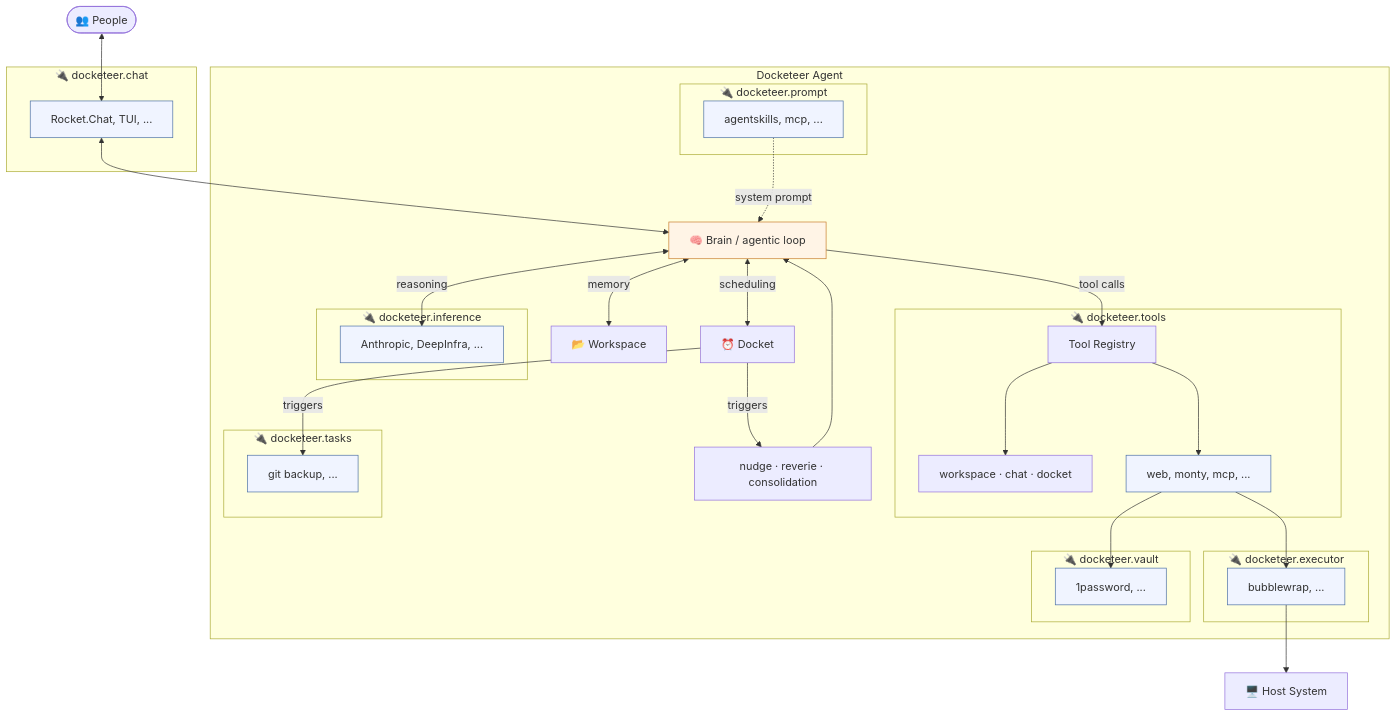
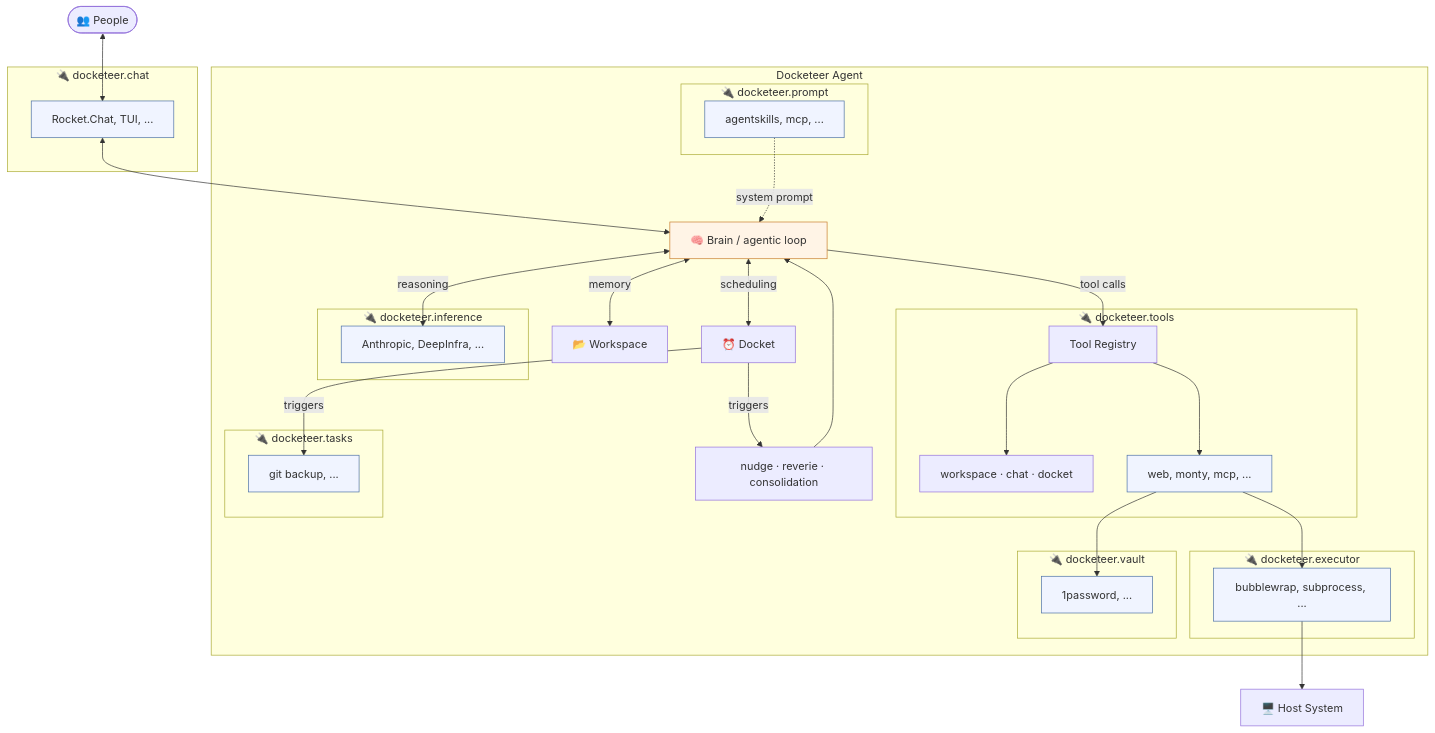
The diagram in README.md (chrisguidry/docketeer), drawn with Mermaid before and after one commit. The commit also changed other lines of this file and 21 other files, not shown here.

````diff
--- a/README.md
+++ b/README.md
@@ -67,61 +67,61 @@
 ```mermaid
 graph TD
     People(["👥 People"])
     People <--> ChatClient
 
     subgraph chat ["🔌 docketeer.chat"]
         ChatClient["Rocket.Chat, TUI, ..."]
     end
 
     ChatClient <--> Brain
 
     subgraph agent ["Docketeer Agent"]
         Brain["🧠 Brain / agentic loop"]
 
         subgraph inference ["🔌 docketeer.inference"]
             API["Anthropic, DeepInfra, ..."]
         end
         Brain <-- "reasoning" --> API
         Brain <-- "memory" --> Workspace["📂 Workspace"]
         Brain <-- "scheduling" --> Docket["⏰ Docket"]
 
         Docket -- triggers --> CoreTasks["nudge · reverie · consolidation"]
         CoreTasks --> Brain
 
         subgraph prompt ["🔌 docketeer.prompt"]
             Prompts["agentskills, mcp, ..."]
         end
         Prompts -. system prompt .-> Brain
 
         Brain -- tool calls --> Registry
         subgraph tools ["🔌 docketeer.tools"]
             Registry["Tool Registry"]
             CoreTools["workspace · chat · docket"]
             PluginTools["web, monty, mcp, ..."]
         end
         Registry --> CoreTools
         Registry --> PluginTools
 
         Docket -- triggers --> PluginTasks
         subgraph tasks ["🔌 docketeer.tasks"]
             PluginTasks["git backup, ..."]
         end
 
         subgraph executor ["🔌 docketeer.executor"]
-            Sandbox["bubblewrap, ..."]
+            Sandbox["bubblewrap, subprocess, ..."]
         end
         PluginTools --> Sandbox
 
         subgraph vault ["🔌 docketeer.vault"]
             Secrets["1password, ..."]
         end
         PluginTools --> Secrets
     end
 
     Sandbox --> Host["🖥️ Host System"]
 
     classDef plugin fill:#f0f4ff,stroke:#4a6fa5
     classDef core fill:#fff4e6,stroke:#c77b2a
     class API,ChatClient,Prompts,PluginTools,Sandbox,Secrets,PluginTasks plugin
     class Brain core
 ```
````
